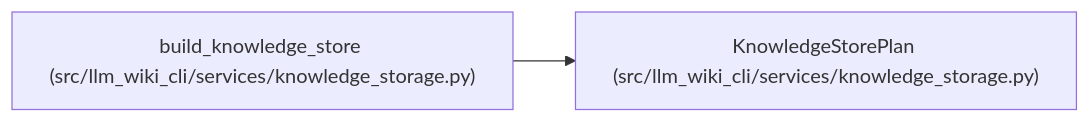
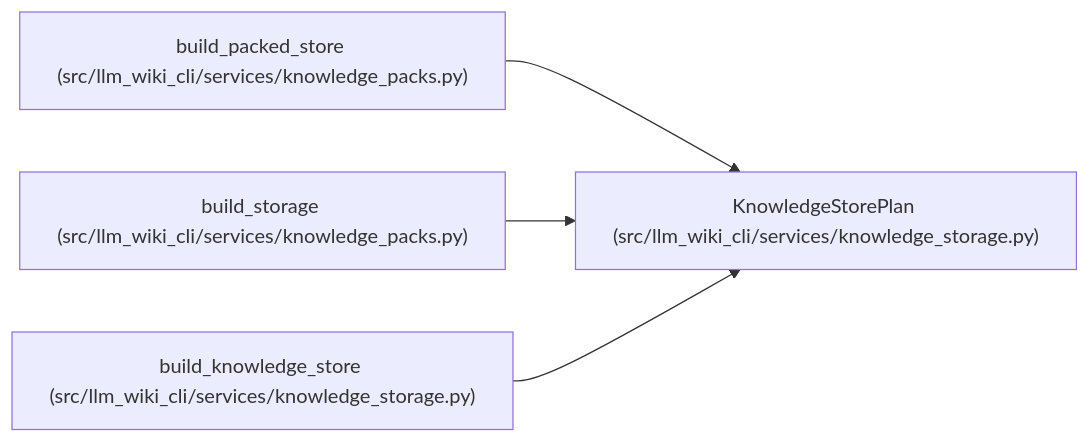
Before and after one commit to Denissvgn/python-wiki-llm: the diagram in docs/llm_wiki/entities/KnowledgeStorePlan.md, drawn with Mermaid. The commit also changed other lines of this file and 6105 other files, not shown here.

Commit message:
Adopt compressed knowledge packs in the reference wiki

````diff
--- a/docs/llm_wiki/entities/KnowledgeStorePlan.md
+++ b/docs/llm_wiki/entities/KnowledgeStorePlan.md
@@ -29,8 +29,14 @@
 ```mermaid
 flowchart LR
     n0["KnowledgeStorePlan (src/llm_wiki_cli/services/knowledge_storage.py)"]
-    n1["build_knowledge_store (src/llm_wiki_cli/services/knowledge_storage.py)"]
+    n1["build_packed_store (src/llm_wiki_cli/services/knowledge_packs.py)"]
+    n2["build_storage (src/llm_wiki_cli/services/knowledge_packs.py)"]
+    n3["build_knowledge_store (src/llm_wiki_cli/services/knowledge_storage.py)"]
     n1 --> n0
+    n2 --> n0
+    n3 --> n0
     click n0 "../modules/knowledge_storage.md"
-    click n1 "../modules/knowledge_storage.md"
+    click n1 "../modules/knowledge_packs.md"
+    click n2 "../modules/knowledge_packs.md"
+    click n3 "../modules/knowledge_storage.md"
 ```
````
